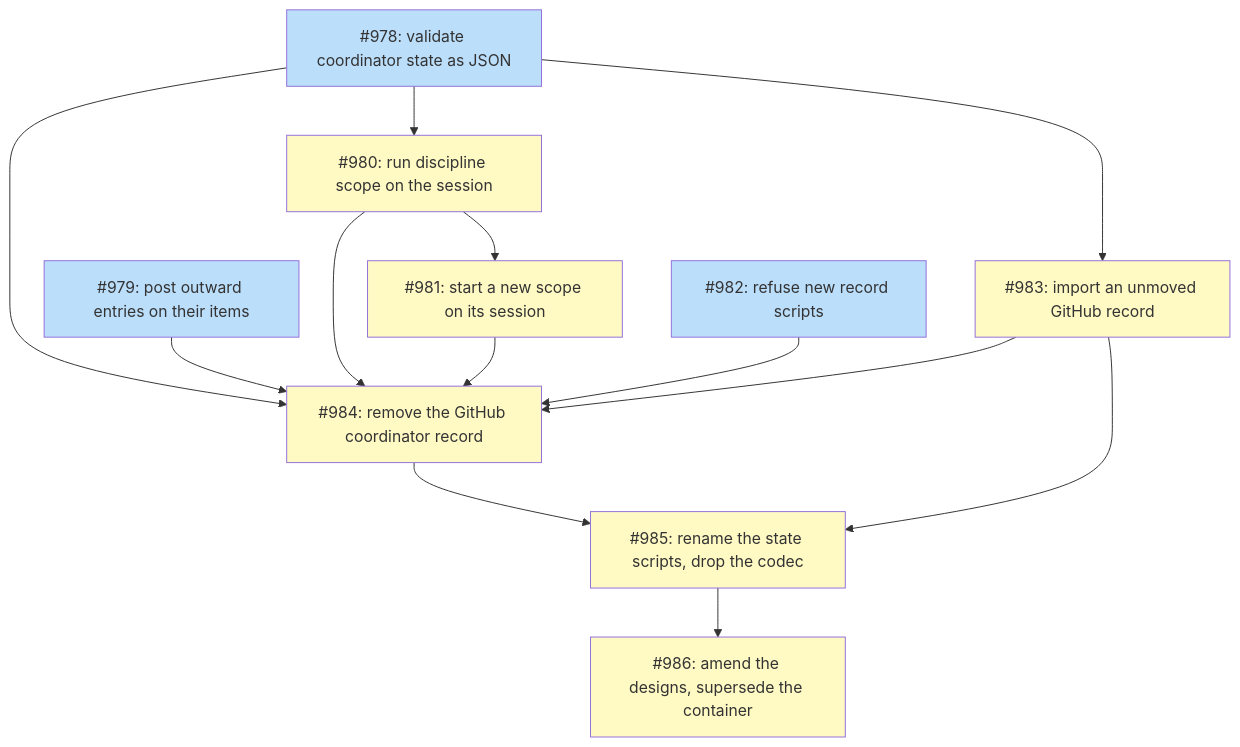
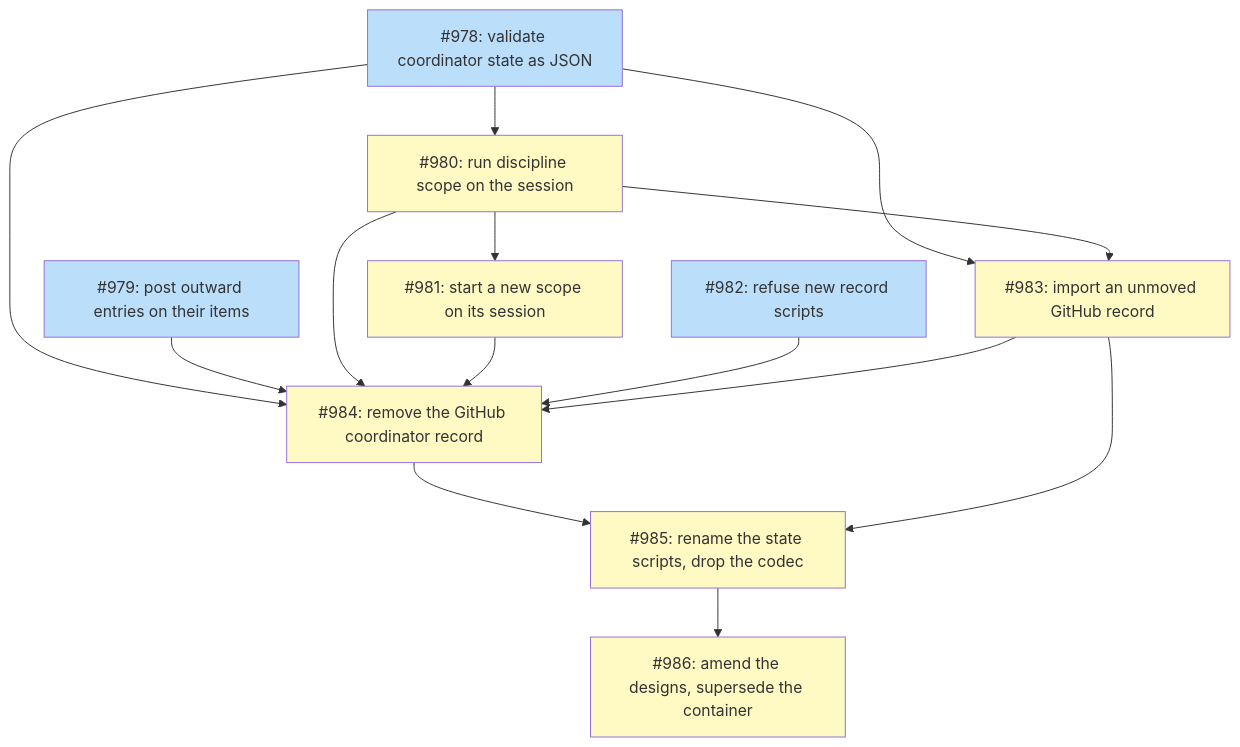
One commit to tsukumogami/shirabe changed the diagram in docs/plans/PLAN-coordinator-record-teardown.md. Above: the diagram before and after it, drawn with Mermaid. The commit also changed other lines of this file and 1 other file, not shown here.

````diff
--- a/docs/plans/PLAN-coordinator-record-teardown.md
+++ b/docs/plans/PLAN-coordinator-record-teardown.md
@@ -141,32 +142,33 @@
 ```mermaid
 graph TD
     I978["#978: validate coordinator state as JSON"]
     I979["#979: post outward entries on their items"]
     I980["#980: run discipline scope on the session"]
     I981["#981: start a new scope on its session"]
     I982["#982: refuse new record scripts"]
     I983["#983: import an unmoved GitHub record"]
     I984["#984: remove the GitHub coordinator record"]
     I985["#985: rename the state scripts, drop the codec"]
     I986["#986: amend the designs, supersede the container"]
 
     I978 --> I980
     I980 --> I981
     I978 --> I983
+    I980 --> I983
     I978 --> I984
     I979 --> I984
     I980 --> I984
     I981 --> I984
     I982 --> I984
     I983 --> I984
     I984 --> I985
     I983 --> I985
     I985 --> I986
 
     classDef done fill:#c8e6c9
     classDef ready fill:#bbdefb
     classDef blocked fill:#fff9c4
 
     class I978,I979,I982 ready
     class I980,I981,I983,I984,I985,I986 blocked
 ```
````
